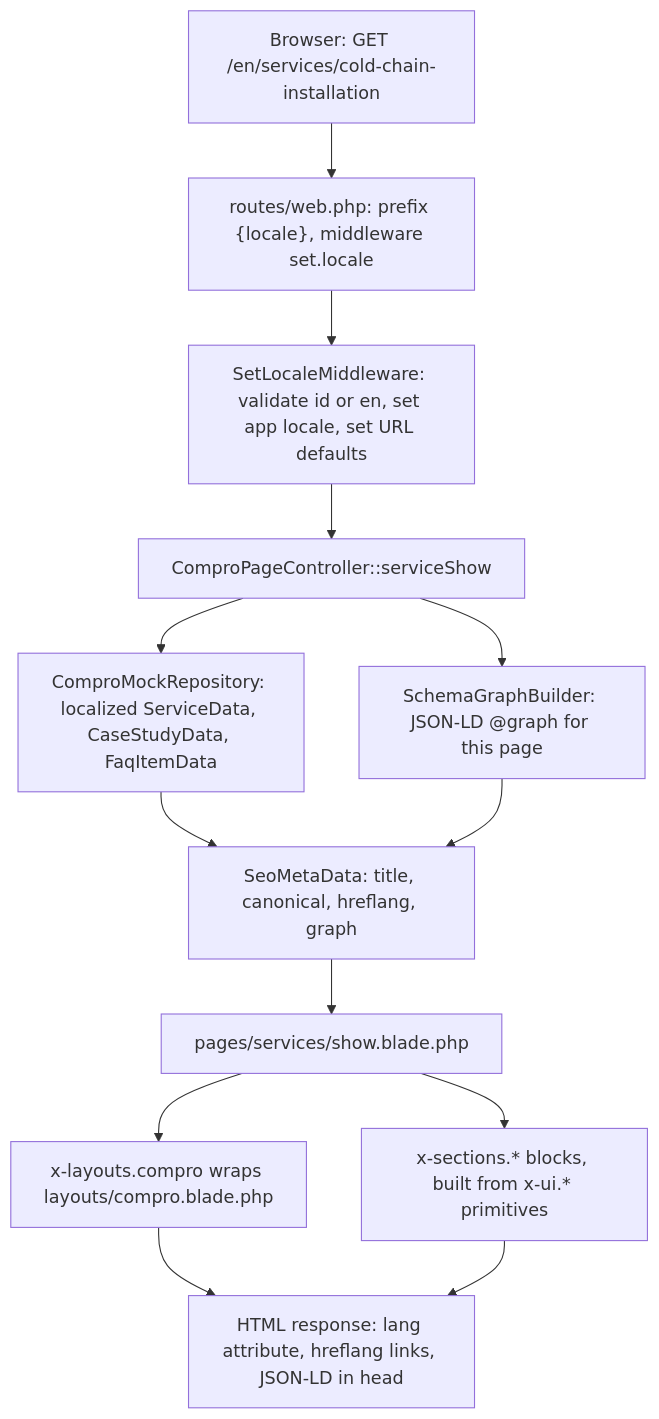
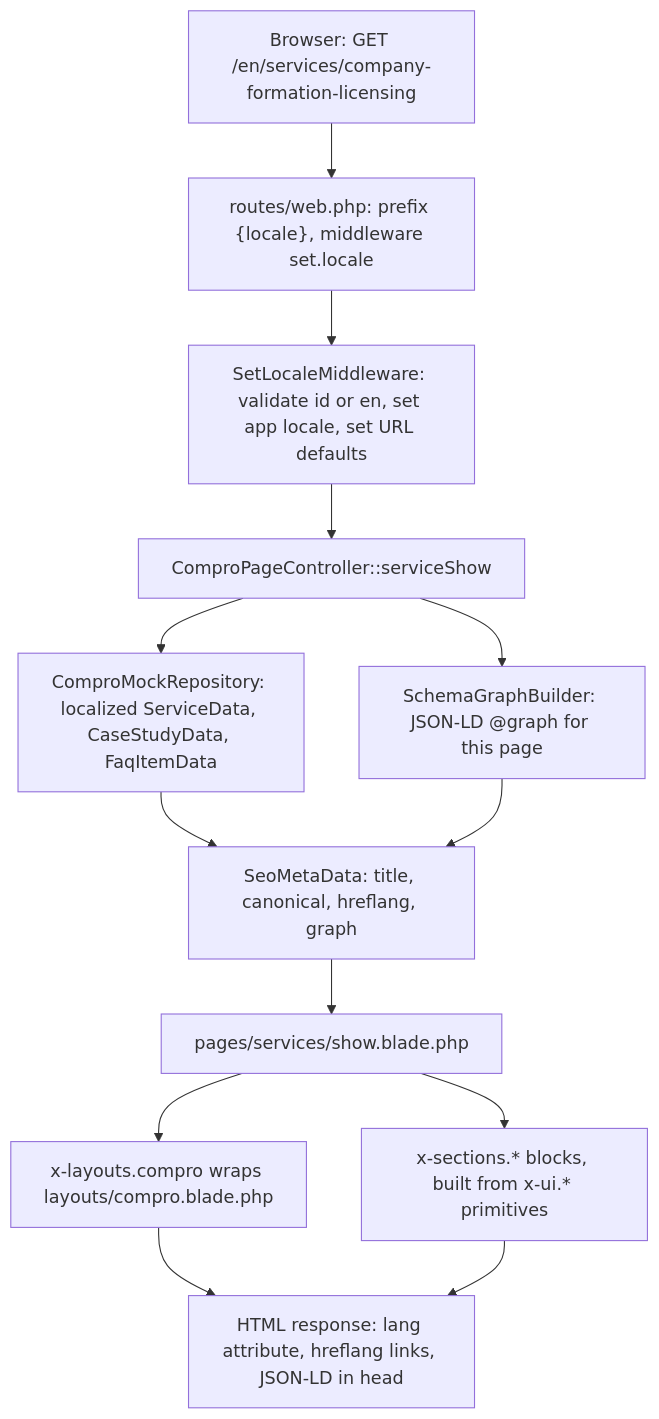
One commit to k1adi/compro-boilerplate-13 changed the diagram in docs/guideline.md. Above: the diagram before and after it, drawn with Mermaid. The commit also changed other lines of this file and 15 other files, not shown here.

````diff
--- a/docs/guideline.md
+++ b/docs/guideline.md
@@ -129,15 +130,15 @@
 ```mermaid
 flowchart TD
-    A["Browser: GET /en/services/cold-chain-installation"] --> B["routes/web.php: prefix {locale}, middleware set.locale"]
+    A["Browser: GET /en/services/company-formation-licensing"] --> B["routes/web.php: prefix {locale}, middleware set.locale"]
     B --> C["SetLocaleMiddleware: validate id or en, set app locale, set URL defaults"]
     C --> D["ComproPageController::serviceShow"]
     D --> E["ComproMockRepository: localized ServiceData, CaseStudyData, FaqItemData"]
     D --> F["SchemaGraphBuilder: JSON-LD @graph for this page"]
     E --> G["SeoMetaData: title, canonical, hreflang, graph"]
     F --> G
     G --> H["pages/services/show.blade.php"]
     H --> I["x-layouts.compro wraps layouts/compro.blade.php"]
     H --> J["x-sections.* blocks, built from x-ui.* primitives"]
     I --> K["HTML response: lang attribute, hreflang links, JSON-LD in head"]
     J --> K
 ```
````
